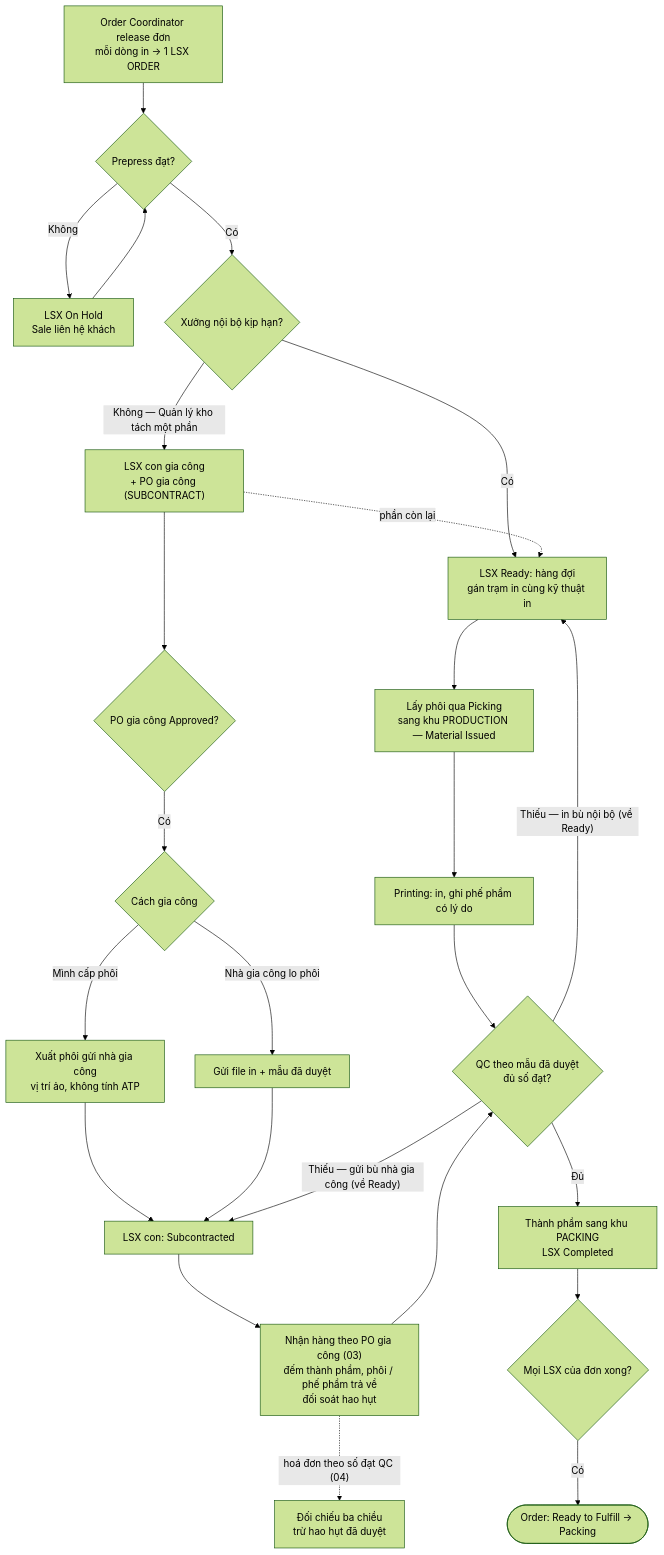
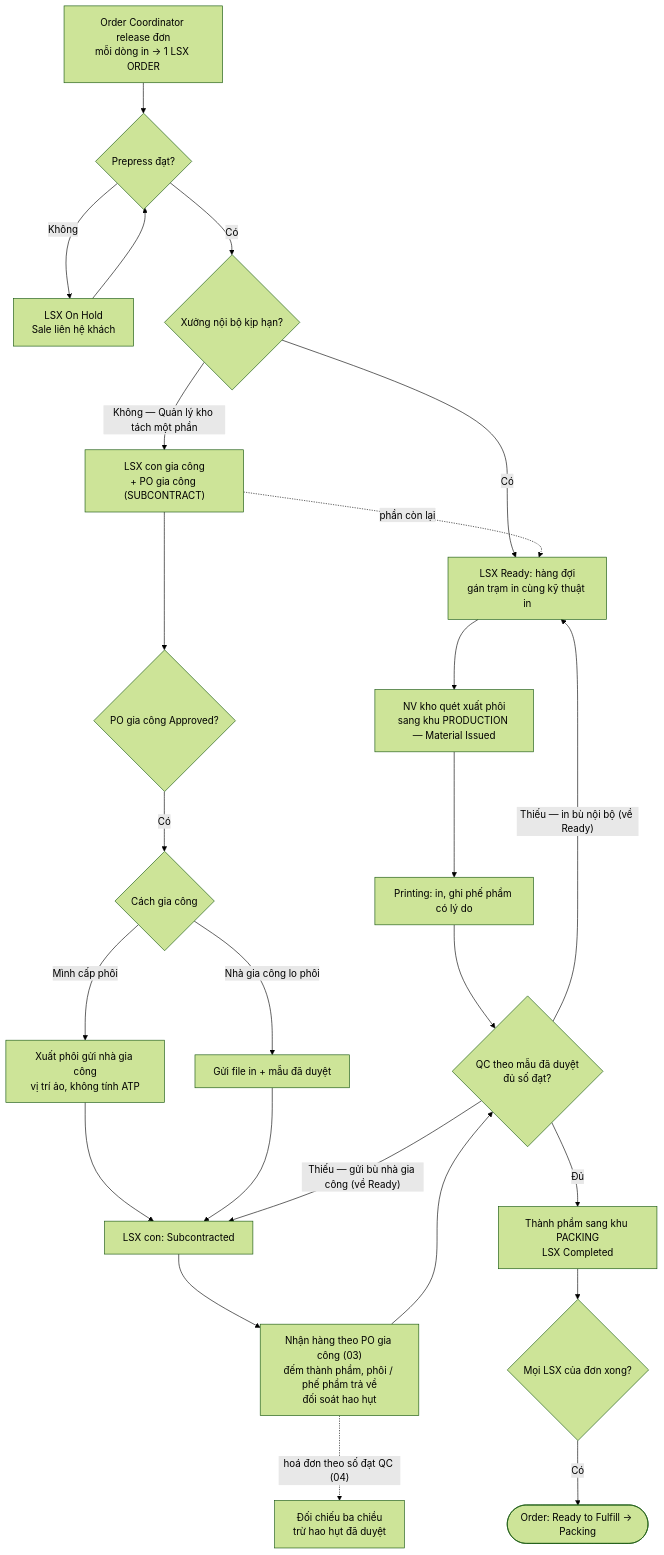
Before and after one commit to KLTN-FA26/docs: the tenth of 12 diagrams in docs/diagrams/README.md, drawn with Mermaid (forest theme). The commit also changed other lines of this file and 10 other files, not shown here.

````diff
--- a/docs/diagrams/README.md
+++ b/docs/diagrams/README.md
@@ -444,27 +442,27 @@
 ```mermaid
 flowchart TD
     REL[Order Coordinator release đơn\nmỗi dòng in → 1 LSX ORDER] --> PRE{Prepress đạt?}
     PRE -- Không --> HOLD[LSX On Hold\nSale liên hệ khách]
     HOLD --> PRE
     PRE -- Có --> CAP{Xưởng nội bộ kịp hạn?}
     CAP -- Có --> QUEUE[LSX Ready: hàng đợi\ngán trạm in cùng kỹ thuật in]
-    QUEUE --> ISSUE[Lấy phôi qua Picking\nsang khu PRODUCTION — Material Issued]
+    QUEUE --> ISSUE[NV kho quét xuất phôi\nsang khu PRODUCTION — Material Issued]
     CAP -- "Không — Quản lý kho tách một phần" --> SPLIT["LSX con gia công\n+ PO gia công (SUBCONTRACT)"]
     SPLIT -. phần còn lại .-> QUEUE
     ISSUE --> PRINT[Printing: in, ghi phế phẩm có lý do]
     PRINT --> QC
     SPLIT --> APPR{PO gia công Approved?}
     APPR -- Có --> MODE{Cách gia công}
     MODE -- Mình cấp phôi --> SEND_B["Xuất phôi gửi nhà gia công\nvị trí ảo, không tính ATP"]
     MODE -- Nhà gia công lo phôi --> SEND_F[Gửi file in + mẫu đã duyệt]
     SEND_B --> SUBC[LSX con: Subcontracted]
     SEND_F --> SUBC
     SUBC --> RCV["Nhận hàng theo PO gia công (03)\nđếm thành phẩm, phôi / phế phẩm trả về\nđối soát hao hụt"]
     RCV --> QC{QC theo mẫu đã duyệt\nđủ số đạt?}
     QC -- "Thiếu — in bù nội bộ (về Ready)" --> QUEUE
     QC -- "Thiếu — gửi bù nhà gia công (về Ready)" --> SUBC
     QC -- Đủ --> PACK[Thành phẩm sang khu PACKING\nLSX Completed]
     PACK --> ALL{Mọi LSX của đơn xong?}
     ALL -- Có --> RTF([Order: Ready to Fulfill → Packing])
     RCV -. "hoá đơn theo số đạt QC (04)" .-> AP[Đối chiếu ba chiều\ntrừ hao hụt đã duyệt]
 ```
````
